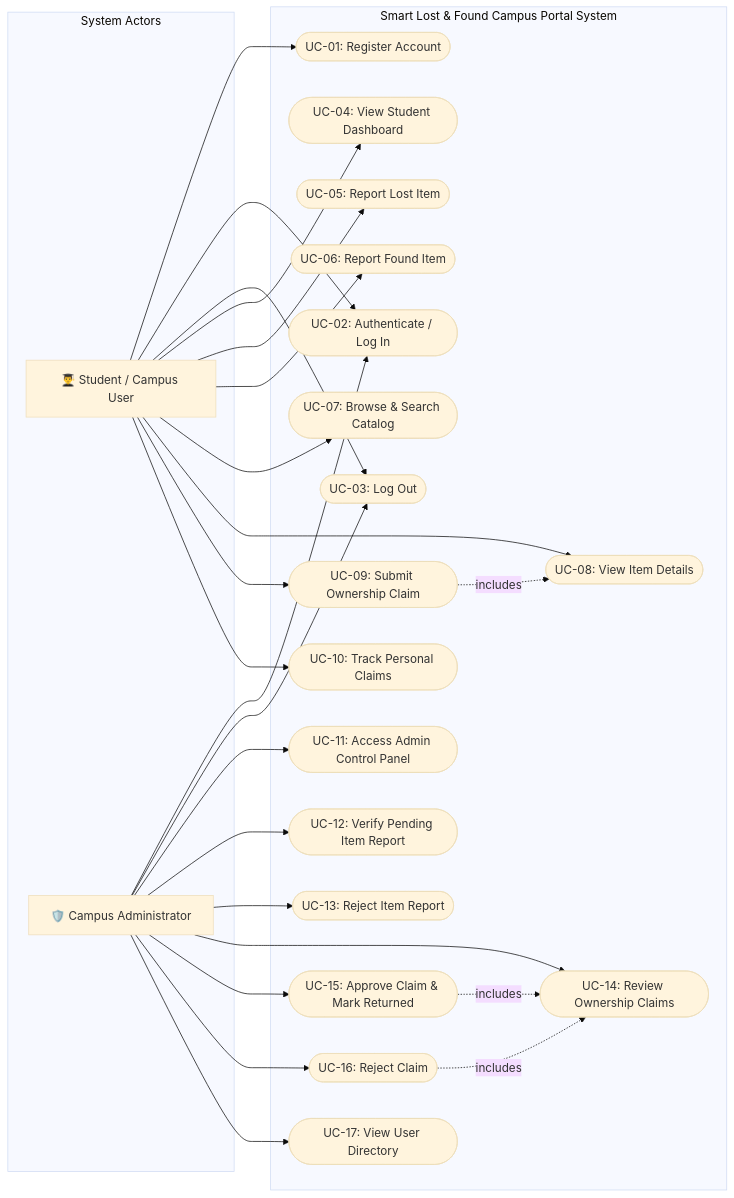
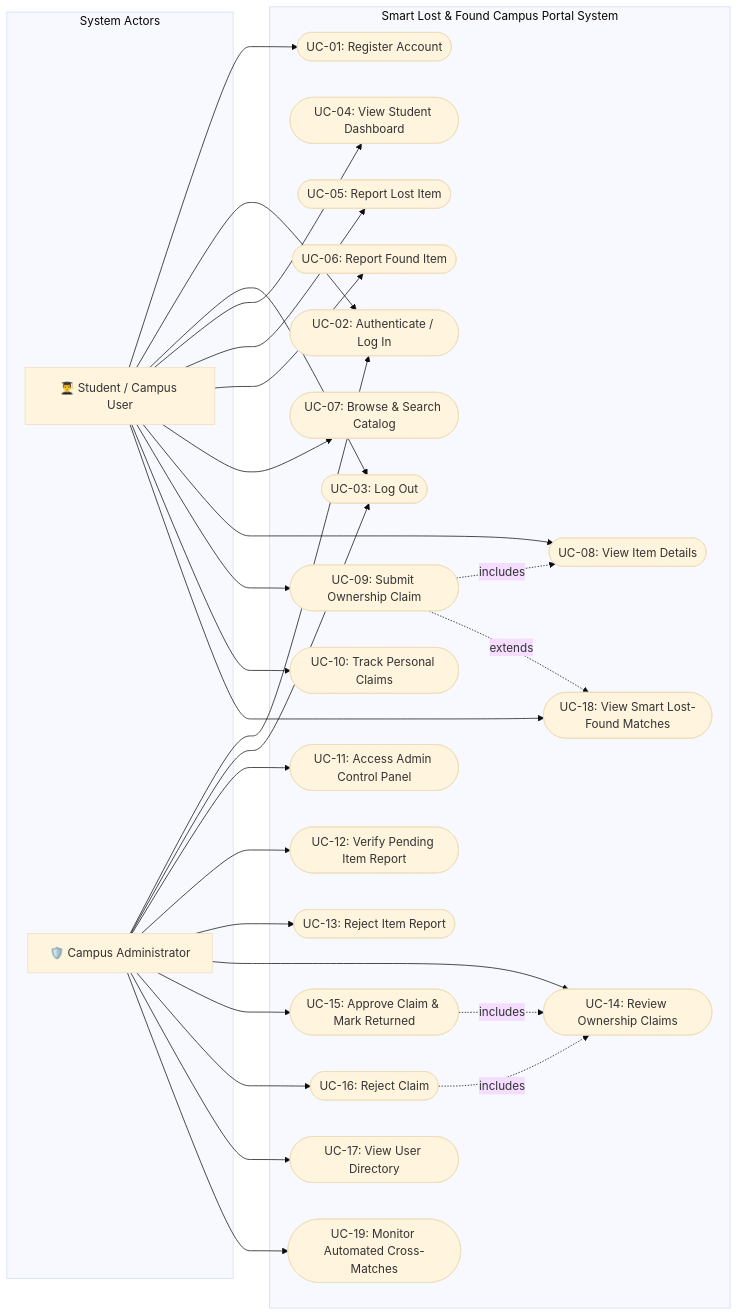
The diagram in docs/uml/use_case.md (kalamhussain-hit/SE-MICROPROJECT), drawn with Mermaid (base theme) before and after one commit. The commit also changed 17 other files, not shown here.

Commit message:
feat: implement Smart Lost-Found Multi-Attribute Matching novelty with explainable scoring, UI cards, tests, and documentation updates

````diff
--- a/docs/uml/use_case.md
+++ b/docs/uml/use_case.md
@@ -6,62 +6,67 @@
 ```mermaid
 flowchart LR
     %% Actors
     subgraph Actors [System Actors]
         Student["👨‍🎓 Student / Campus User"]
         Admin["🛡️ Campus Administrator"]
     end
 
     %% System Boundary
     subgraph Portal [Smart Lost & Found Campus Portal System]
         %% Authentication
         UC1(["UC-01: Register Account"])
         UC2(["UC-02: Authenticate / Log In"])
         UC3(["UC-03: Log Out"])
 
         %% Student Functions
         UC4(["UC-04: View Student Dashboard"])
         UC5(["UC-05: Report Lost Item"])
         UC6(["UC-06: Report Found Item"])
         UC7(["UC-07: Browse & Search Catalog"])
         UC8(["UC-08: View Item Details"])
         UC9(["UC-09: Submit Ownership Claim"])
         UC10(["UC-10: Track Personal Claims"])
+        UC18(["UC-18: View Smart Lost-Found Matches"])
 
         %% Admin Functions
         UC11(["UC-11: Access Admin Control Panel"])
         UC12(["UC-12: Verify Pending Item Report"])
         UC13(["UC-13: Reject Item Report"])
         UC14(["UC-14: Review Ownership Claims"])
         UC15(["UC-15: Approve Claim & Mark Returned"])
         UC16(["UC-16: Reject Claim"])
         UC17(["UC-17: View User Directory"])
+        UC19(["UC-19: Monitor Automated Cross-Matches"])
     end
 
     %% Student Connections
     Student --> UC1
     Student --> UC2
     Student --> UC3
     Student --> UC4
     Student --> UC5
     Student --> UC6
     Student --> UC7
     Student --> UC8
     Student --> UC9
     Student --> UC10
+    Student --> UC18
 
     %% Admin Connections
     Admin --> UC2
     Admin --> UC3
     Admin --> UC11
     Admin --> UC12
     Admin --> UC13
     Admin --> UC14
     Admin --> UC15
     Admin --> UC16
     Admin --> UC17
+    Admin --> UC19
 
     %% Include / Extend relationships
     UC9 -.->|includes| UC8
+    UC9 -.->|extends| UC18
     UC15 -.->|includes| UC14
     UC16 -.->|includes| UC14
 ```
````
